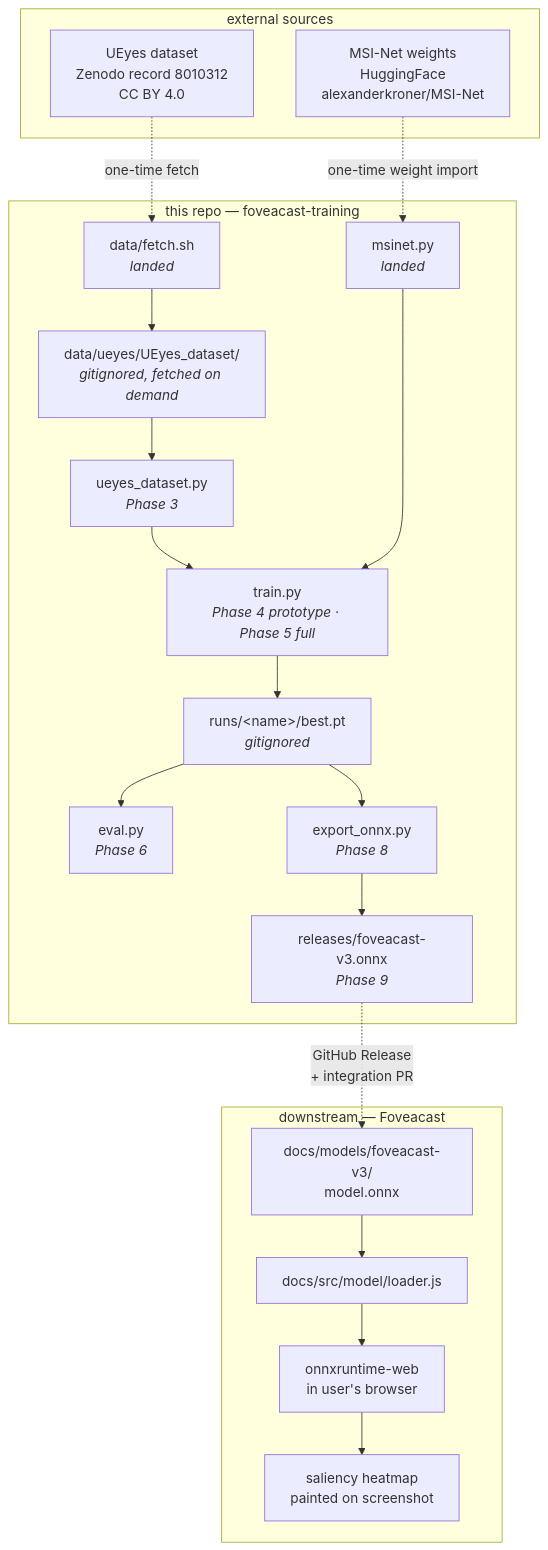
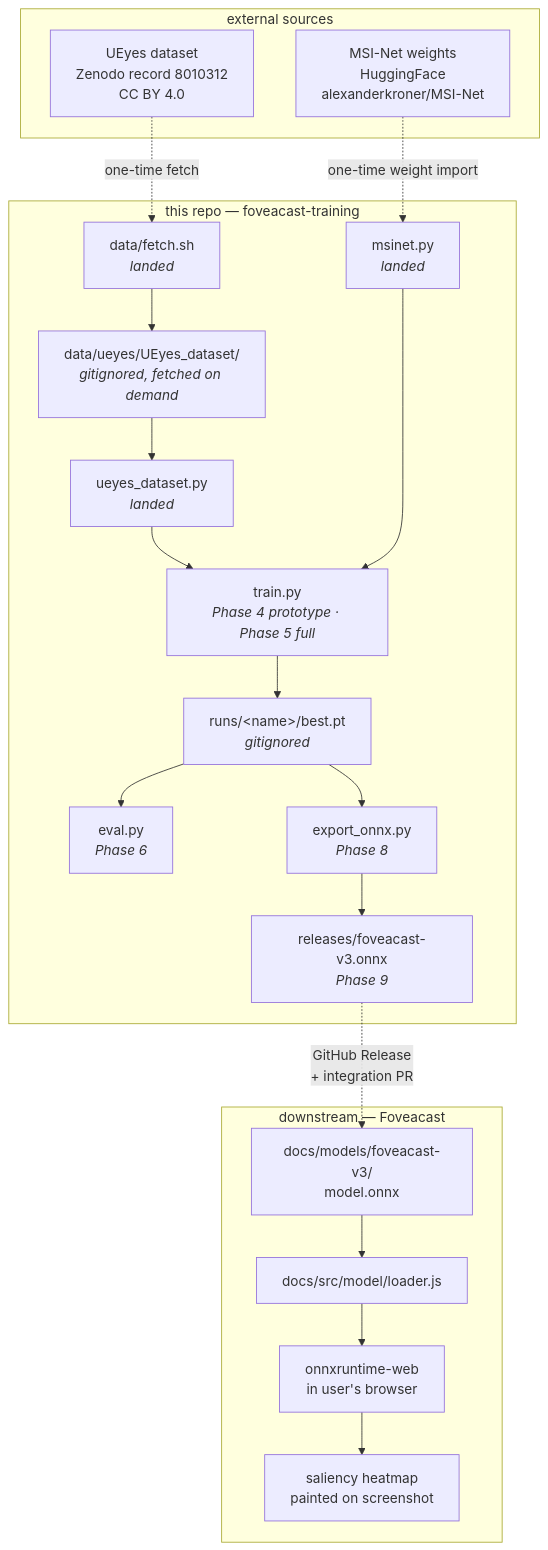
One commit to khawkins98/foveacast-training changed the diagram in ARCHITECTURE.md. Above: the diagram before and after it, drawn with Mermaid. The commit also changed other lines of this file and 2 other files, not shown here.

First line of the commit message:
docs: resolve Phase 3 design choices across the three reference files

````diff
--- a/ARCHITECTURE.md
+++ b/ARCHITECTURE.md
@@ -25,41 +25,41 @@
 ```mermaid
 flowchart TD
     subgraph external["external sources"]
         UEYES["UEyes dataset<br/>Zenodo record 8010312<br/>CC BY 4.0"]
         MSINET["MSI-Net weights<br/>HuggingFace<br/>alexanderkroner/MSI-Net"]
     end
 
     subgraph this_repo["this repo — foveacast-training"]
         FETCH["data/fetch.sh<br/><i>landed</i>"]
         DATA["data/ueyes/UEyes_dataset/<br/><i>gitignored, fetched on demand</i>"]
-        LOADER["ueyes_dataset.py<br/><i>Phase 3</i>"]
+        LOADER["ueyes_dataset.py<br/><i>landed</i>"]
         MODEL["msinet.py<br/><i>landed</i>"]
         TRAIN["train.py<br/><i>Phase 4 prototype · Phase 5 full</i>"]
         CKPT["runs/&lt;name&gt;/best.pt<br/><i>gitignored</i>"]
         EVAL["eval.py<br/><i>Phase 6</i>"]
         EXPORT["export_onnx.py<br/><i>Phase 8</i>"]
         ARTEFACT["releases/foveacast-v3.onnx<br/><i>Phase 9</i>"]
     end
 
     subgraph foveacast["downstream — Foveacast"]
         ONNX_CONSUMED["docs/models/foveacast-v3/<br/>model.onnx"]
         LOADER_JS["docs/src/model/loader.js"]
         RUNTIME["onnxruntime-web<br/>in user's browser"]
         HEATMAP["saliency heatmap<br/>painted on screenshot"]
     end
 
     UEYES -.one-time fetch.-> FETCH
     FETCH --> DATA
     DATA --> LOADER
     MSINET -.one-time weight import.-> MODEL
     LOADER --> TRAIN
     MODEL --> TRAIN
     TRAIN --> CKPT
     CKPT --> EVAL
     CKPT --> EXPORT
     EXPORT --> ARTEFACT
     ARTEFACT -.GitHub Release<br/>+ integration PR.-> ONNX_CONSUMED
     ONNX_CONSUMED --> LOADER_JS
     LOADER_JS --> RUNTIME
     RUNTIME --> HEATMAP
 ```
````
